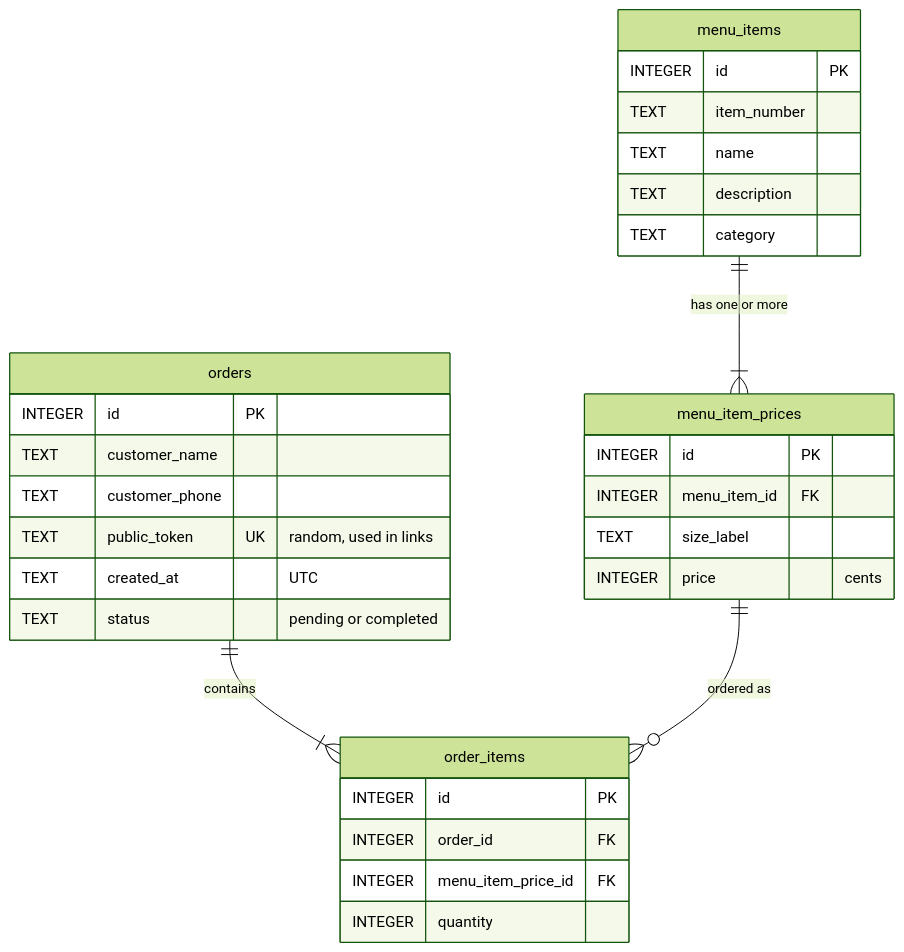
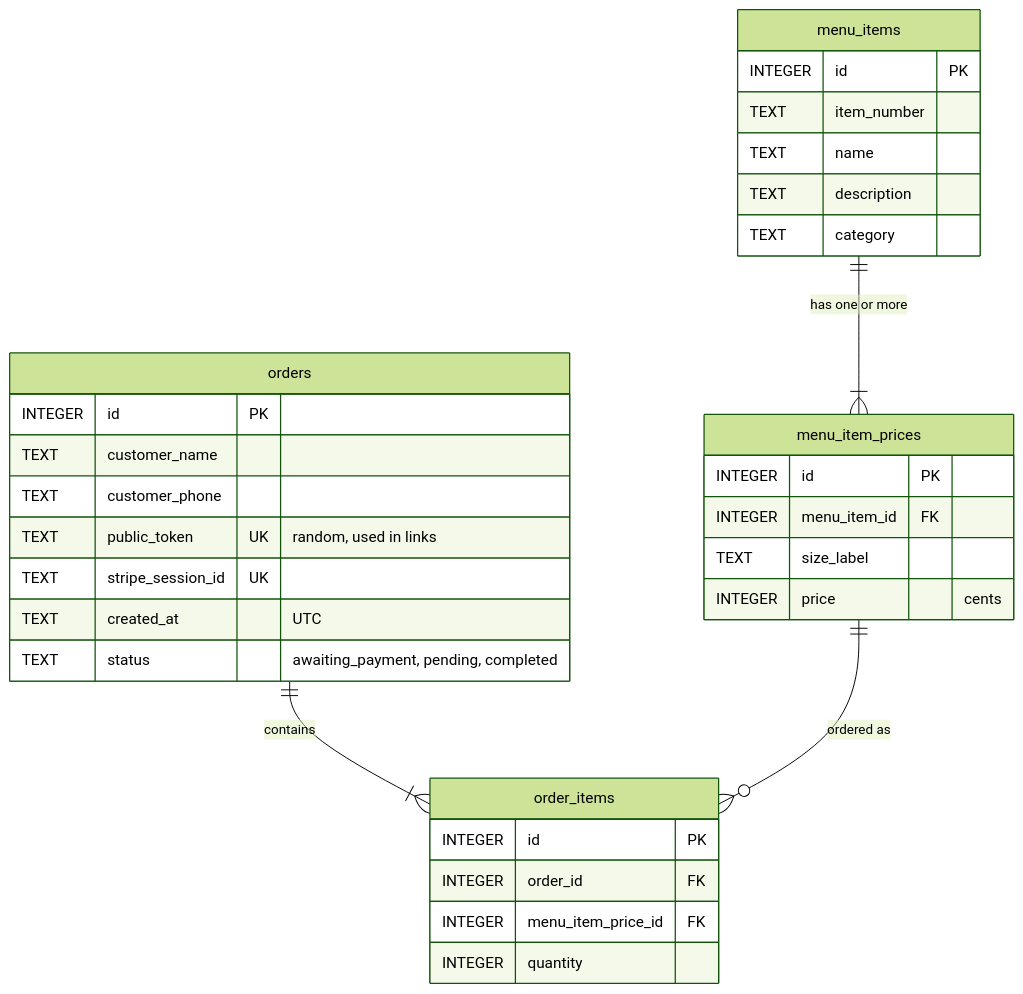
Before and after one commit to ericwei2235/restaurant-menu-system: the first of 2 diagrams in README.md, drawn with Mermaid (forest theme). The commit also changed other lines of this file, not shown here.

Commit message:
Document Stripe payments, webhook, and test setup in README

````diff
--- a/README.md
+++ b/README.md
@@ -29,34 +32,35 @@
 ```mermaid
 erDiagram
     menu_items ||--|{ menu_item_prices : "has one or more"
     orders ||--|{ order_items : contains
     menu_item_prices ||--o{ order_items : "ordered as"
 
     menu_items {
         INTEGER id PK
         TEXT item_number
         TEXT name
         TEXT description
         TEXT category
     }
     menu_item_prices {
         INTEGER id PK
         INTEGER menu_item_id FK
         TEXT size_label
         INTEGER price "cents"
     }
     orders {
         INTEGER id PK
         TEXT customer_name
         TEXT customer_phone
         TEXT public_token UK "random, used in links"
+        TEXT stripe_session_id UK
         TEXT created_at "UTC"
-        TEXT status "pending or completed"
+        TEXT status "awaiting_payment, pending, completed"
     }
     order_items {
         INTEGER id PK
         INTEGER order_id FK
         INTEGER menu_item_price_id FK
         INTEGER quantity
     }
 ```
````
